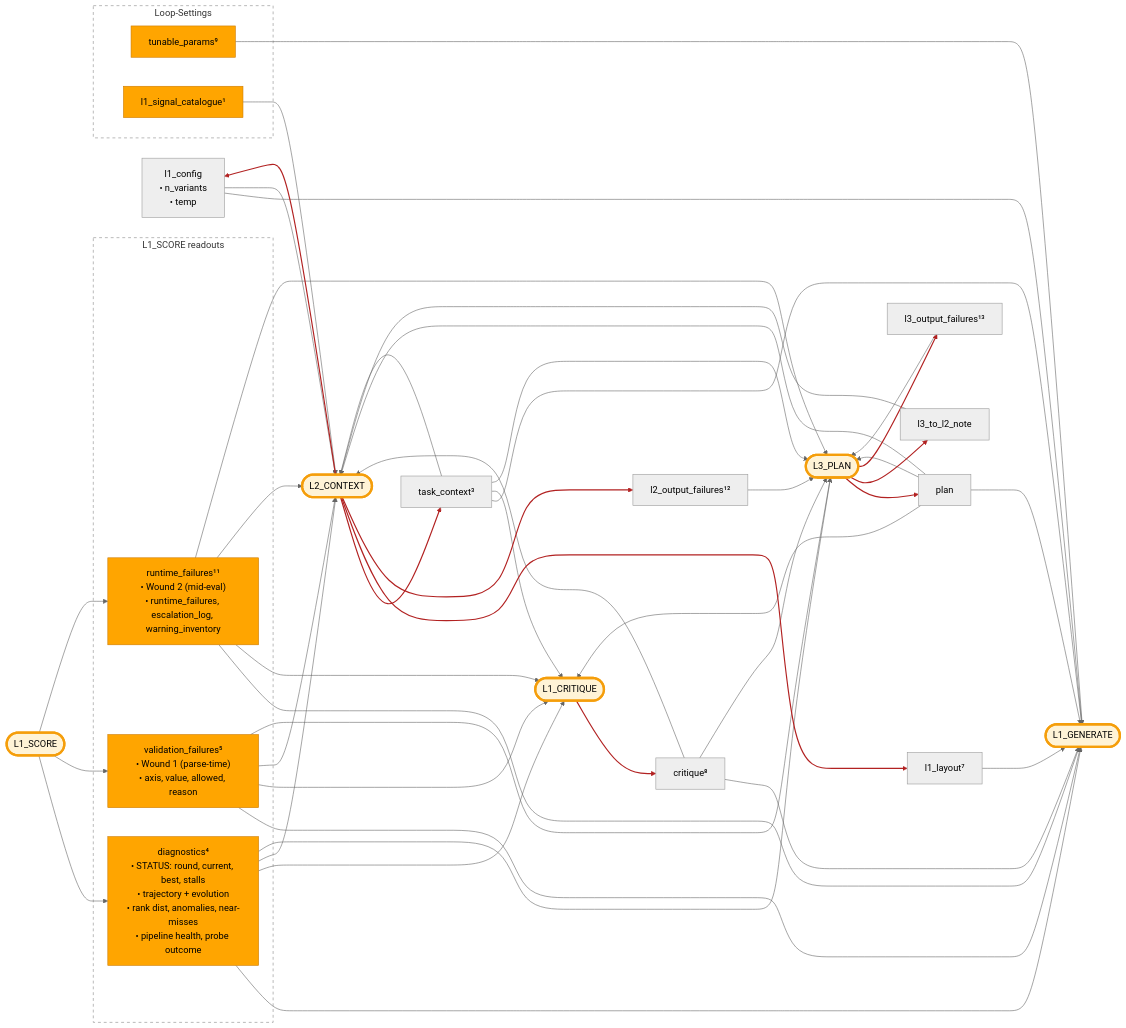
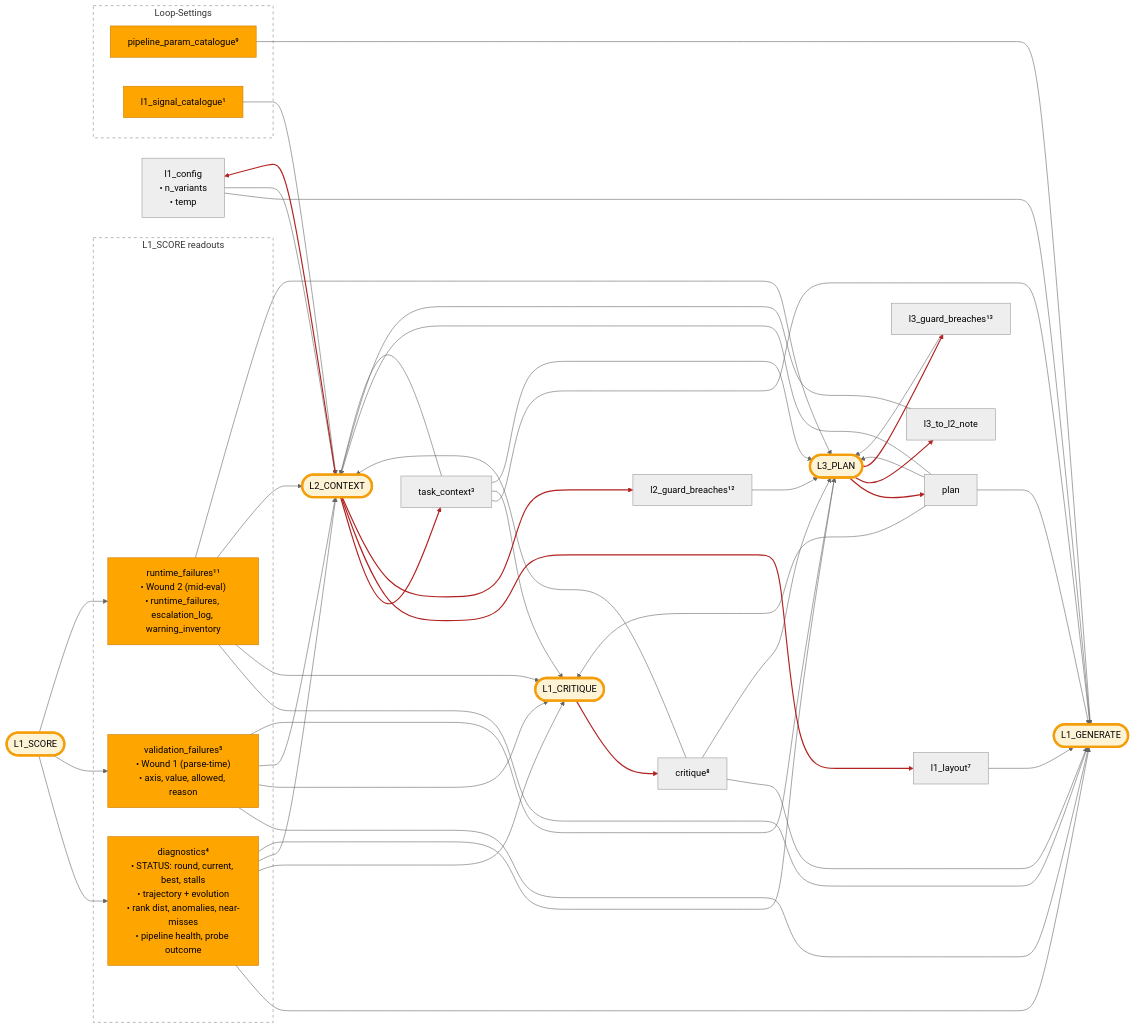
The diagram in docs/developer/dispatch-hub.md (PromptPotter/prompt-potter-optimizer), drawn with Mermaid (neutral theme) before and after one commit. The commit also changed other lines of this file and 21 other files, not shown here.

```diff
--- a/docs/developer/dispatch-hub.md
+++ b/docs/developer/dispatch-hub.md
@@ -33,12 +33,12 @@
 
   %% LLM-output validator failures — produced by L2/L3 post-parse.
   %% Sits outside the L1_SCORE readouts cluster because the producers are L2P / L3P.
-  L2OF[l2_output_failures¹²]
-  L3OF[l3_output_failures¹³]
+  L2OF[l2_guard_breaches¹²]
+  L3OF[l3_guard_breaches¹³]
 
   %% Loop-Settings — read-only loop-time constants
   subgraph LS["Loop-Settings"]
-    TUN[tunable_params⁹]:::det
+    TUN[pipeline_param_catalogue⁹]:::det
     CAT[l1_signal_catalogue¹]:::det
   end
   style LS fill:none,stroke:#888,stroke-dasharray: 5 5
@@ -87,7 +87,7 @@
   RFAIL --> L1C
 
   %% L2_CONTEXT inputs — sees measurement-derived failures only.
-  %% L2 doesn't see l2_output_failures because Wound 4 fires L3 immediately
+  %% L2 doesn't see l2_guard_breaches because Wound 4 fires L3 immediately
   %% when they appear; L3 replans, then L2 fires fresh against the new plan.
   PLAN --> L2P
   L3N --> L2P
```
